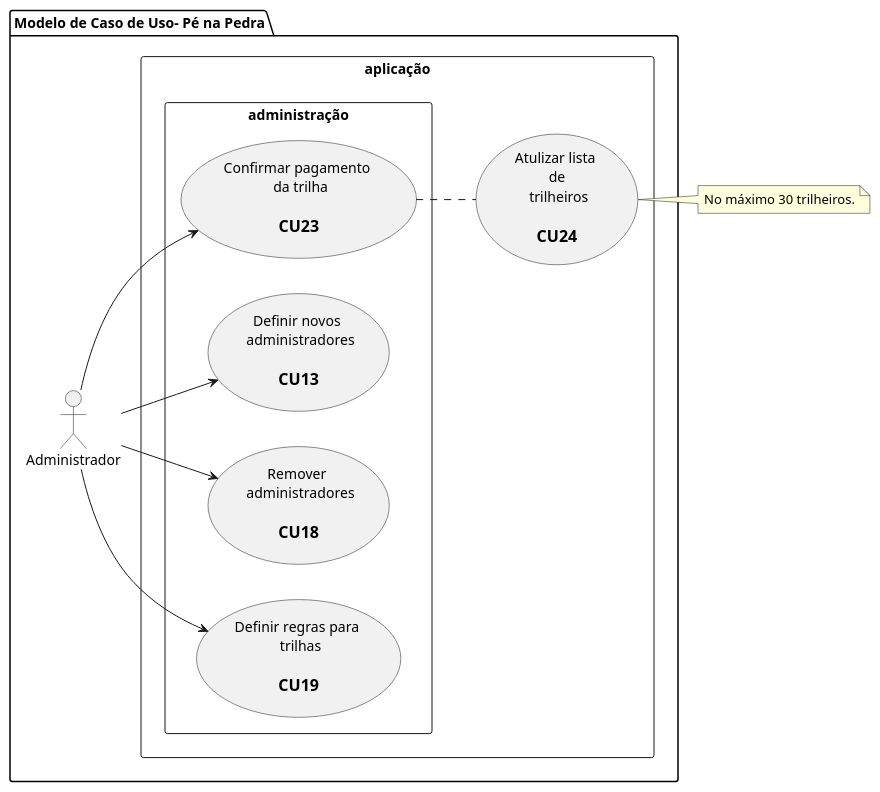
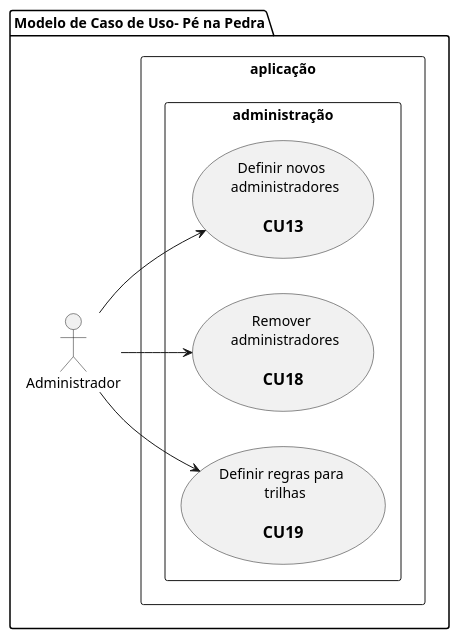
The diagram in docs/diagrams/src/pe_na_pedra_usecase_4.plantuml (tiagors09/pe_na_pedra), drawn with PlantUML before and after one commit.

Commit message:
refactor: :recycle: removed uc23 and uc24

```diff
--- a/docs/diagrams/src/pe_na_pedra_usecase_4.plantuml
+++ b/docs/diagrams/src/pe_na_pedra_usecase_4.plantuml
@@ -1,34 +1,22 @@
 @startuml pe_na_pedra_usecase_4
   package "Modelo de Caso de Uso- Pé na Pedra" {
     left to right direction
     
     :Administrador: as adm
     
     rectangle aplicação {
-      usecase uc24 as "Atulizar lista \n de \n trilheiros\n 
-       == CU24"
-
       rectangle administração {
-        usecase uc23 as "Confirmar pagamento \n da trilha\n 
-          == CU23"
         usecase uc13 as "Definir novos \n administradores\n 
           == CU13"
         usecase uc18 as "Remover \n administradores\n 
           == CU18"
         usecase uc19 as "Definir regras para \n trilhas\n 
           == CU19"
       }
     } 
   }
 
-  note right of uc24
-    No máximo 30 trilheiros.
-  end note
-
-  uc23 .. uc24
-
-  adm --> uc23
   adm --> uc13
   adm --> uc18
   adm --> uc19
 @enduml
```
